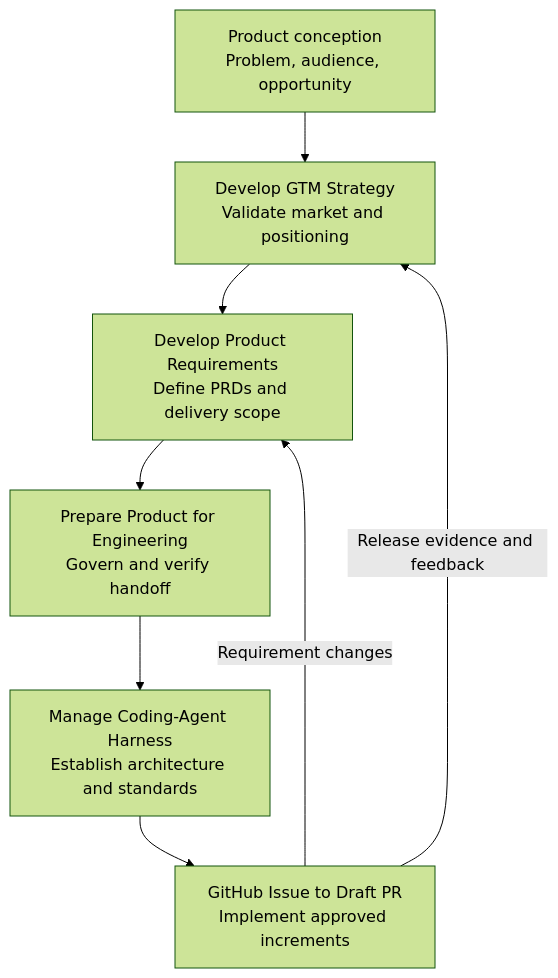
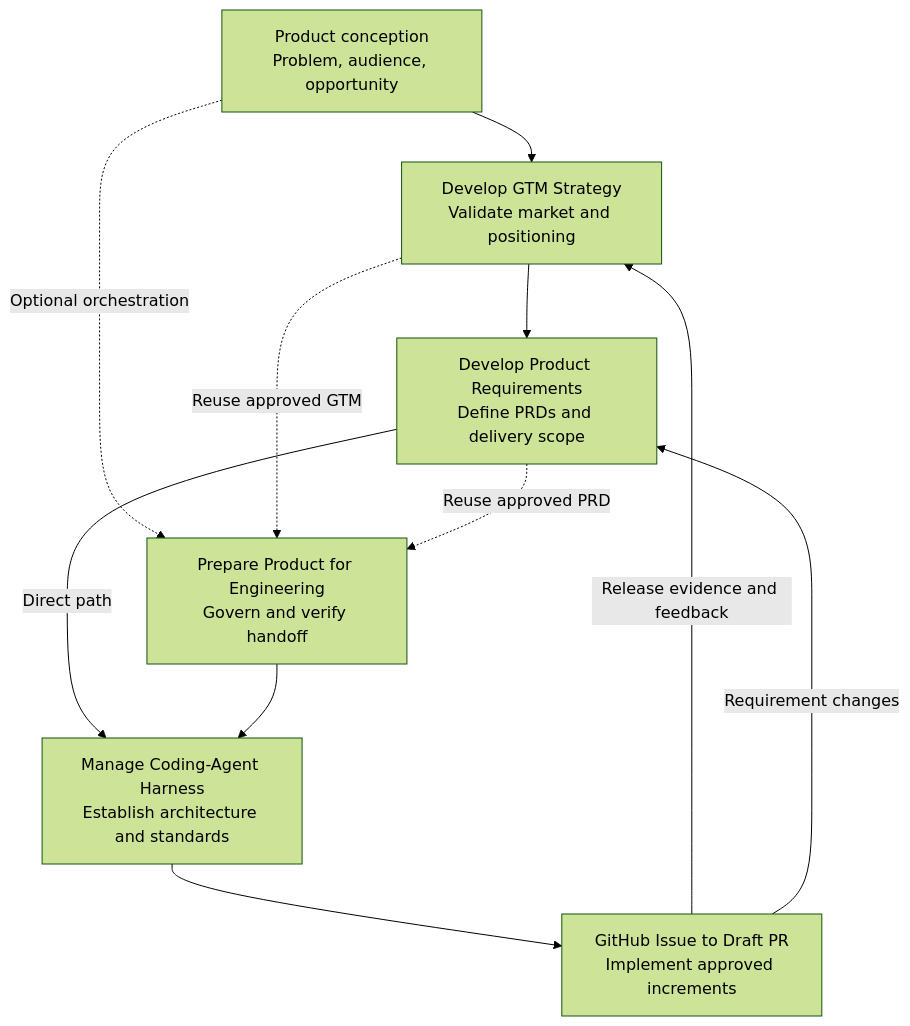
One commit to vladicaster/agent-skills changed the diagram in README.md. Above: the diagram before and after it, drawn with Mermaid (forest theme). The commit also changed other lines of this file, not shown here.

Commit message:
Clarify optional orchestration in README.md

````diff
--- a/README.md
+++ b/README.md
@@ -47,17 +47,20 @@
 ```mermaid
 flowchart TD
     A["Product conception<br/>Problem, audience, opportunity"]
     B["Develop GTM Strategy<br/>Validate market and positioning"]
     C["Develop Product Requirements<br/>Define PRDs and delivery scope"]
     D["Prepare Product for Engineering<br/>Govern and verify handoff"]
     E["Manage Coding-Agent Harness<br/>Establish architecture and standards"]
     F["GitHub Issue to Draft PR<br/>Implement approved increments"]
 
     A --> B
     B --> C
-    C --> D
+    A -.->|Optional orchestration| D
+    B -.->|Reuse approved GTM| D
+    C -.->|Reuse approved PRD| D
+    C -->|Direct path| E
     D --> E
     E --> F
     F -->|Release evidence and feedback| B
     F -->|Requirement changes| C
 ```
````
